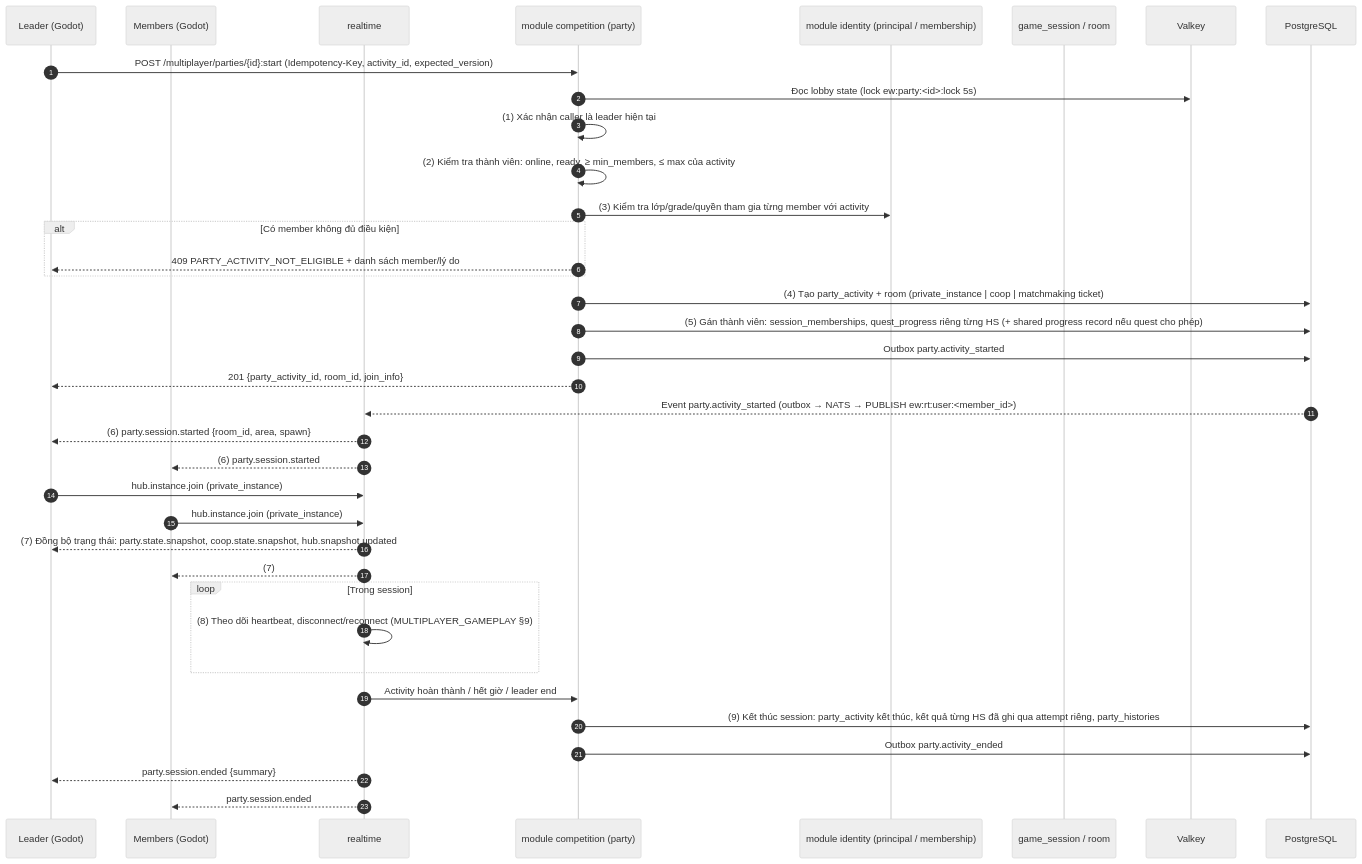
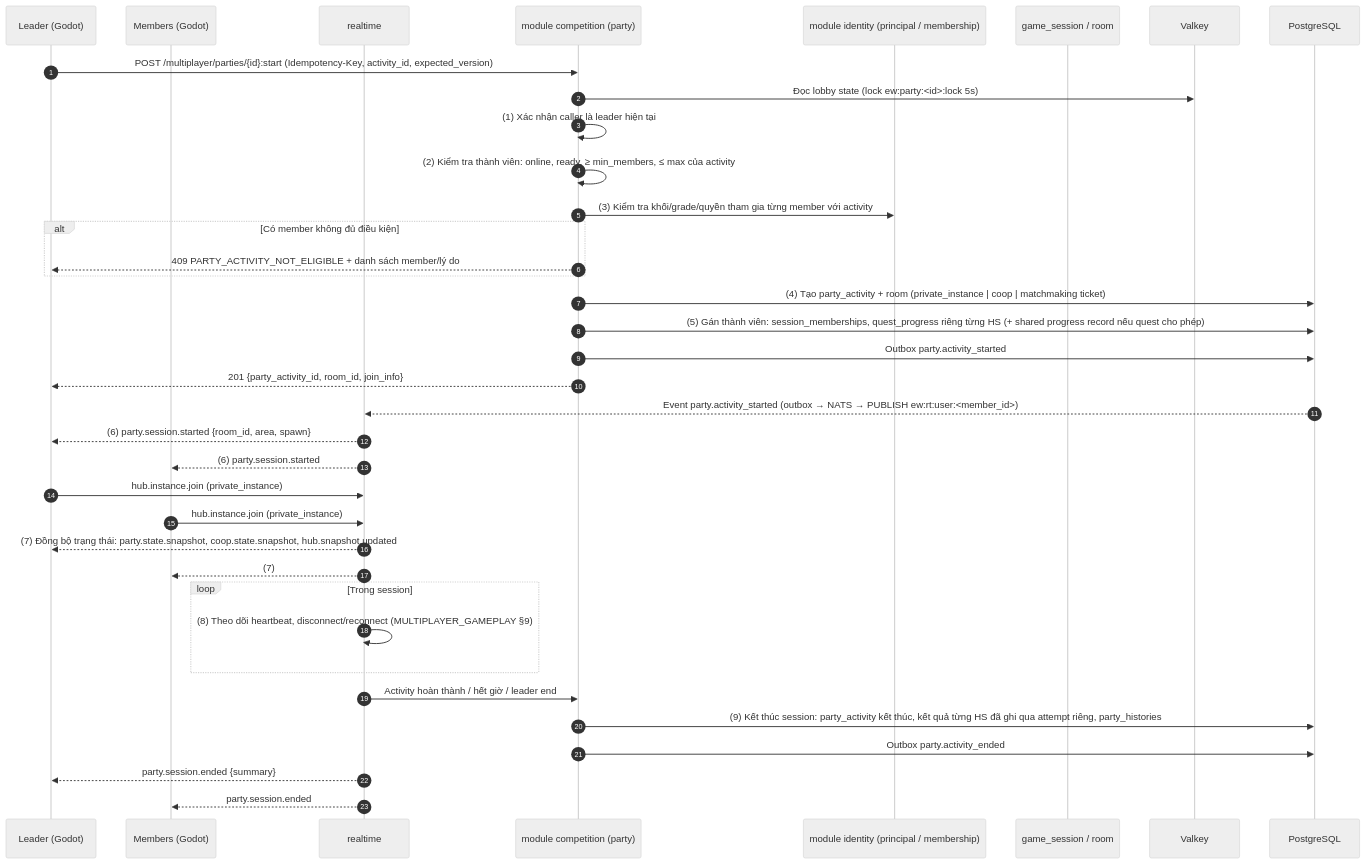
Before and after one commit to tanguyen2020/eduworld-platform: the first of 4 diagrams in docs/03-social-multiplayer/PARTY_SYSTEM.md, drawn with Mermaid (neutral theme). The commit also changed other lines of this file and 46 other files, not shown here.

````diff
--- a/docs/03-social-multiplayer/PARTY_SYSTEM.md
+++ b/docs/03-social-multiplayer/PARTY_SYSTEM.md
@@ -107,40 +110,40 @@
 ```mermaid
 sequenceDiagram
   autonumber
   participant L as Leader (Godot)
   participant M as Members (Godot)
   participant RT as realtime
   participant API as module competition (party)
   participant AZ as module identity (principal / membership)
   participant GS as game_session / room
   participant VK as Valkey
   participant PG as PostgreSQL
 
   L->>API: POST /multiplayer/parties/{id}:start (Idempotency-Key, activity_id, expected_version)
   API->>VK: Đọc lobby state (lock ew:party:<id>:lock 5s)
   API->>API: (1) Xác nhận caller là leader hiện tại
   API->>API: (2) Kiểm tra thành viên: online, ready, ≥ min_members, ≤ max của activity
-  API->>AZ: (3) Kiểm tra lớp/grade/quyền tham gia từng member với activity
+  API->>AZ: (3) Kiểm tra khối/grade/quyền tham gia từng member với activity
   alt Có member không đủ điều kiện
     API-->>L: 409 PARTY_ACTIVITY_NOT_ELIGIBLE + danh sách member/lý do
   end
   API->>PG: (4) Tạo party_activity + room (private_instance | coop | matchmaking ticket)
   API->>PG: (5) Gán thành viên: session_memberships, quest_progress riêng từng HS (+ shared progress record nếu quest cho phép)
   API->>PG: Outbox party.activity_started
   API-->>L: 201 {party_activity_id, room_id, join_info}
   PG-->>RT: Event party.activity_started (outbox → NATS → PUBLISH ew:rt:user:<member_id>)
   RT-->>L: (6) party.session.started {room_id, area, spawn}
   RT-->>M: (6) party.session.started
   L->>RT: hub.instance.join (private_instance)
   M->>RT: hub.instance.join (private_instance)
   RT-->>L: (7) Đồng bộ trạng thái: party.state.snapshot, coop.state.snapshot, hub.snapshot.updated
   RT-->>M: (7)
   loop Trong session
     RT->>RT: (8) Theo dõi heartbeat, disconnect/reconnect (MULTIPLAYER_GAMEPLAY §9)
   end
   RT->>API: Activity hoàn thành / hết giờ / leader end
   API->>PG: (9) Kết thúc session: party_activity kết thúc, kết quả từng HS đã ghi qua attempt riêng, party_histories
   API->>PG: Outbox party.activity_ended
   RT-->>L: party.session.ended {summary}
   RT-->>M: party.session.ended
 ```
````
